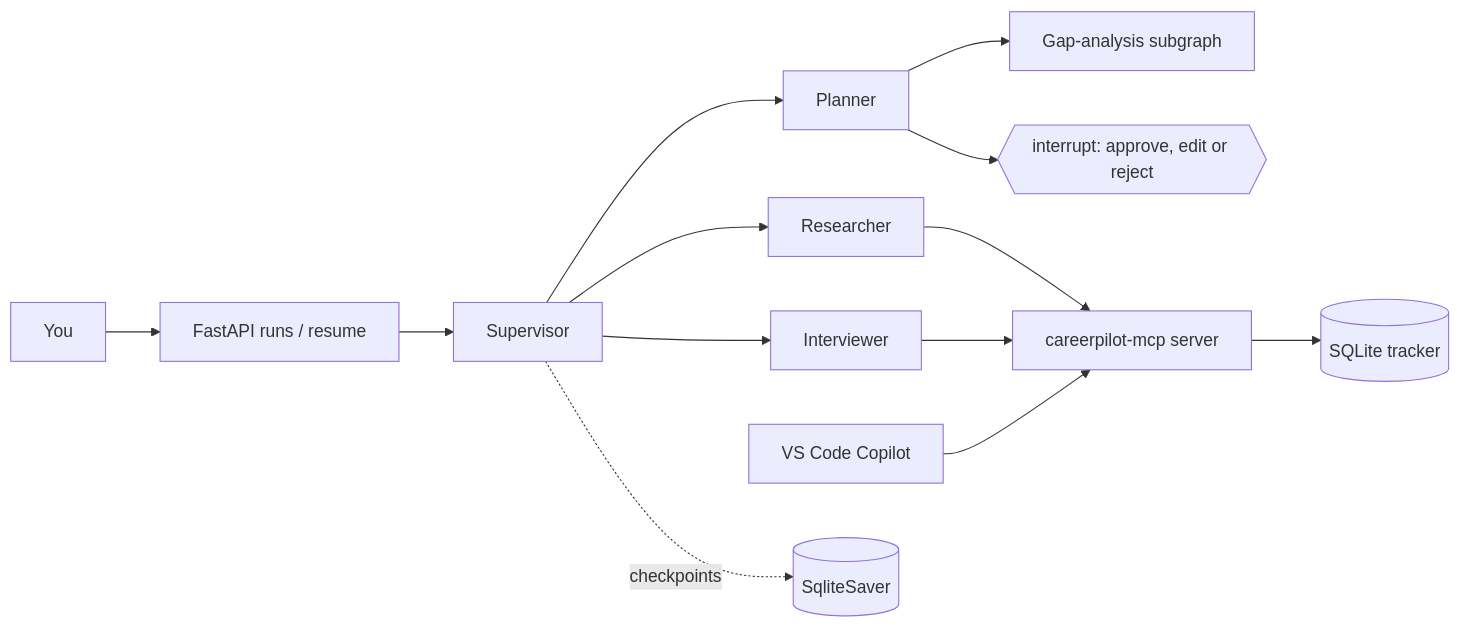
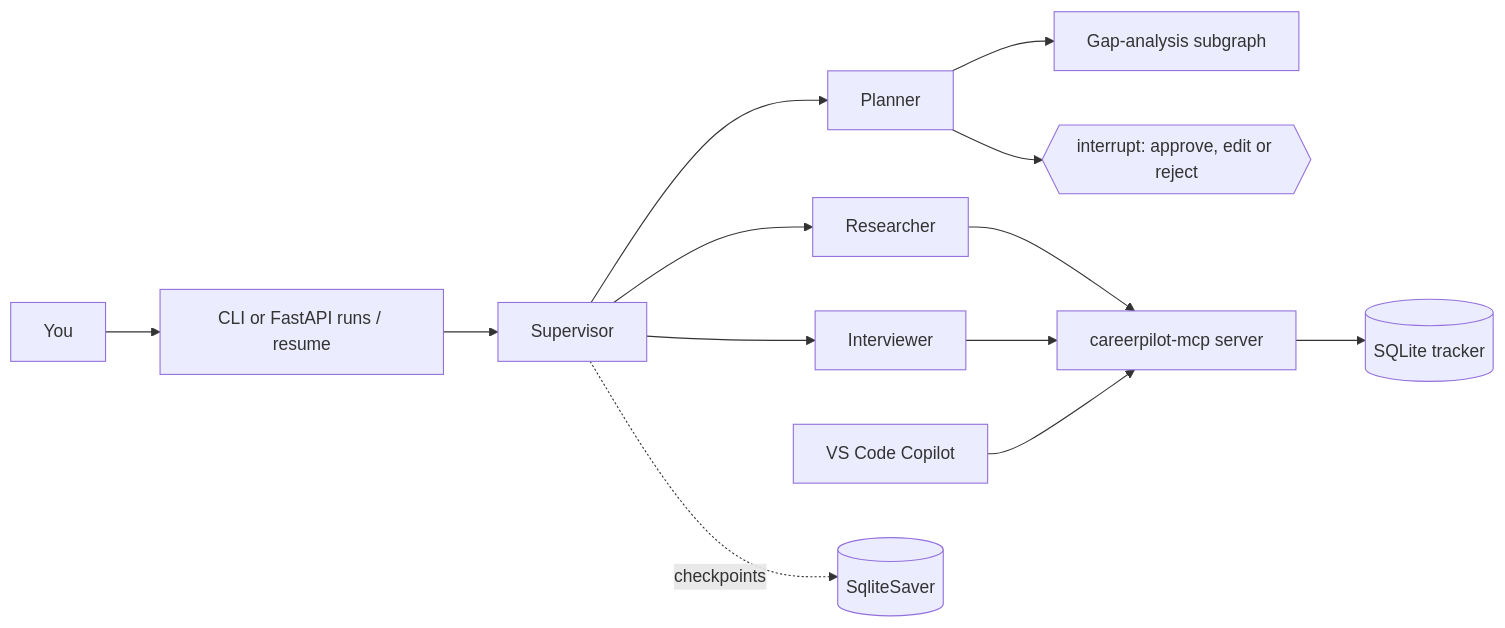
Before and after one commit to Ricky6200/learning-plan: the fourth of 7 diagrams in AI Engineering/PROJECTS.md, drawn with Mermaid. The commit also changed other lines of this file and 20 other files, not shown here.

````diff
--- a/AI Engineering/PROJECTS.md
+++ b/AI Engineering/PROJECTS.md
@@ -177,15 +184,15 @@
 ```mermaid
 flowchart LR
-    U[You] --> API[FastAPI runs / resume]
+    U[You] --> API[CLI or FastAPI runs / resume]
     API --> SUP[Supervisor]
     SUP --> RES[Researcher]
     SUP --> PLN[Planner]
     SUP --> INT[Interviewer]
     PLN --> GAP[Gap-analysis subgraph]
     PLN --> HITL{{"interrupt: approve, edit or reject"}}
     RES --> MCP[careerpilot-mcp server]
     INT --> MCP
     MCP --> DB[(SQLite tracker)]
     VS[VS Code Copilot] --> MCP
     SUP -. checkpoints .-> CK[(SqliteSaver)]
 ```
````
